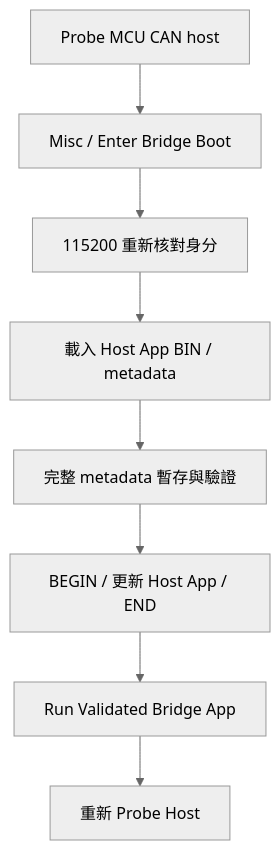
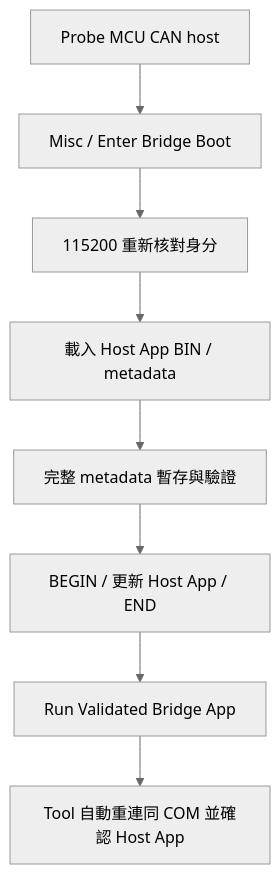
One commit to released/slide_isp_tool_for_RL78 changed diagram 11 of 15 in index.md. Above: the diagram before and after it, drawn with Mermaid (neutral theme). The commit also changed other lines of this file and 4 other files, not shown here.

````diff
--- a/index.md
+++ b/index.md
@@ -558,10 +567,10 @@
 ```mermaid
 flowchart TD
     INFO["Probe MCU CAN host"] --> ENTER["Misc / Enter Bridge Boot"]
     ENTER --> LINK["115200 重新核對身分"]
     LINK --> IMAGE["載入 Host App BIN / metadata"]
     IMAGE --> STAGE["完整 metadata 暫存與驗證"]
     STAGE --> UPDATE["BEGIN / 更新 Host App / END"]
     UPDATE --> RUN["Run Validated Bridge App"]
-    RUN --> PROBE["重新 Probe Host"]
+    RUN --> PROBE["Tool 自動重連同 COM 並確認 Host App"]
 ```
````
